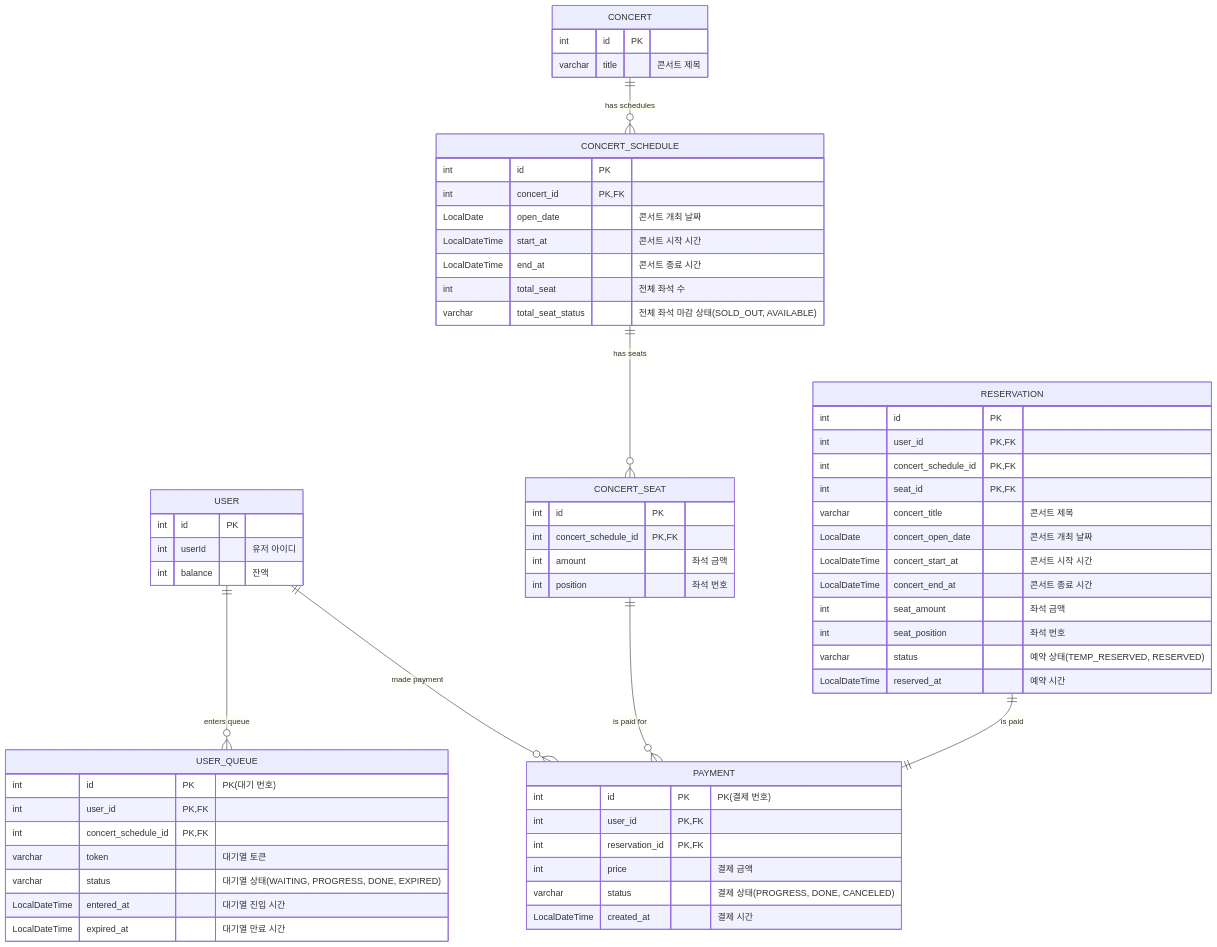
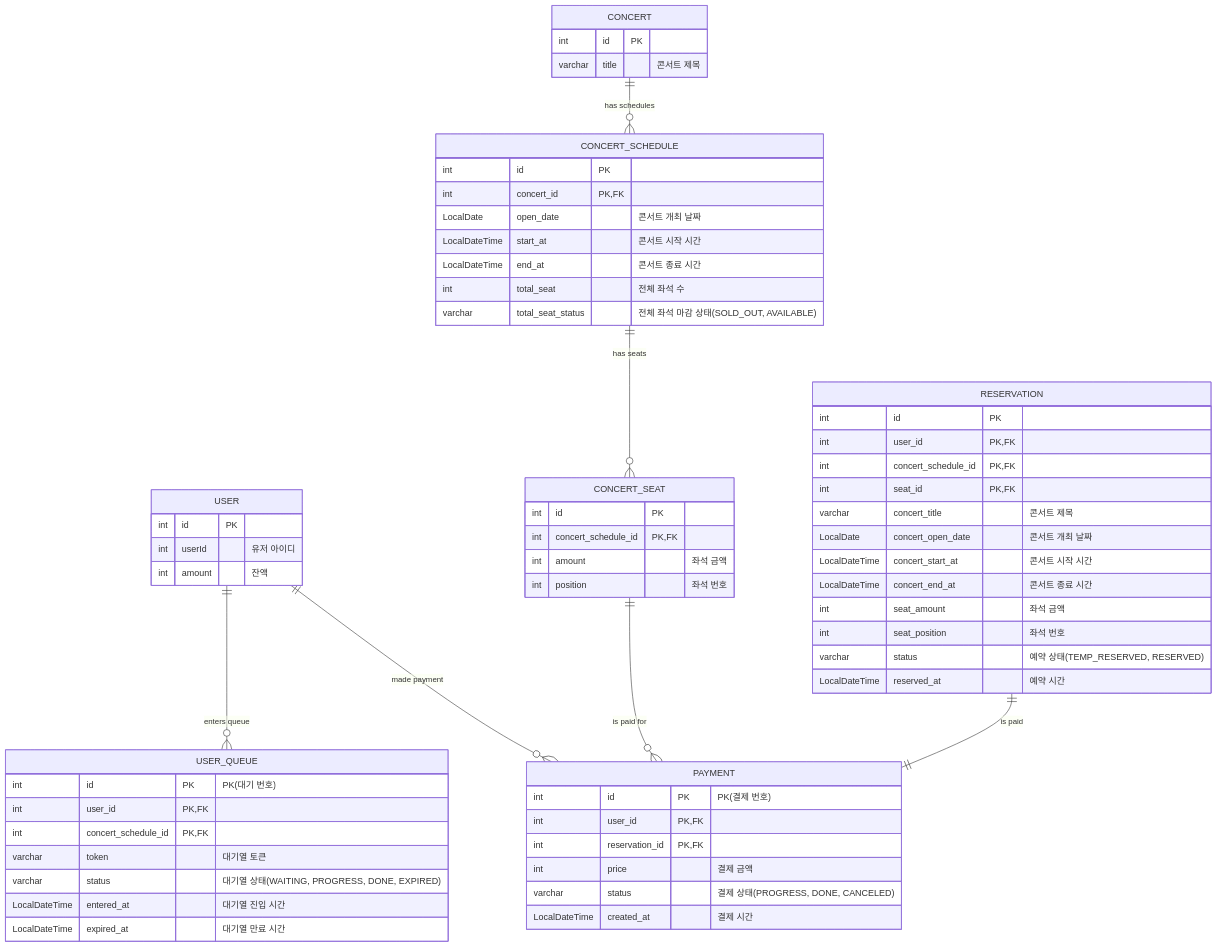
The diagram in docs/erd.md (jikimee64/hhplus-concert), drawn with Mermaid before and after one commit. The commit also changed 9 other files, not shown here.

````diff
--- a/docs/erd.md
+++ b/docs/erd.md
@@ -4,71 +4,71 @@
 ```mermaid
 erDiagram
     USER {
         int id PK
         int userId "유저 아이디"
-        int balance "잔액"
+        int amount "잔액"
     }
 
     USER_QUEUE {
         int id PK "PK(대기 번호)"
         int user_id PK, FK
         int concert_schedule_id PK, FK
         varchar token "대기열 토큰"
         varchar status "대기열 상태(WAITING, PROGRESS, DONE, EXPIRED)"
         LocalDateTime entered_at "대기열 진입 시간"
         LocalDateTime expired_at "대기열 만료 시간"
     }
 
     PAYMENT {
         int id PK "PK(결제 번호)"
         int user_id PK, FK
         int reservation_id PK, FK
         int price "결제 금액"
         varchar status "결제 상태(PROGRESS, DONE, CANCELED)"
         LocalDateTime created_at "결제 시간"
     }
 
     CONCERT {
         int id PK
         varchar title "콘서트 제목"
     }
 
     CONCERT_SCHEDULE {
         int id PK
         int concert_id PK, FK
         LocalDate open_date "콘서트 개최 날짜"
         LocalDateTime start_at "콘서트 시작 시간"
         LocalDateTime end_at "콘서트 종료 시간"
         int total_seat "전체 좌석 수"
         varchar total_seat_status "전체 좌석 마감 상태(SOLD_OUT, AVAILABLE)"
     }
 
     CONCERT_SEAT {
         int id PK
         int concert_schedule_id PK, FK
         int amount "좌석 금액"
         int position "좌석 번호"
     }
 
     RESERVATION {
         int id PK
         int user_id PK, FK
         int concert_schedule_id PK, FK
         int seat_id PK, FK
         varchar concert_title "콘서트 제목"
         LocalDate concert_open_date "콘서트 개최 날짜"
         LocalDateTime concert_start_at "콘서트 시작 시간"
         LocalDateTime concert_end_at "콘서트 종료 시간"
         int seat_amount "좌석 금액"
         int seat_position "좌석 번호"
         varchar status "예약 상태(TEMP_RESERVED, RESERVED)"
         LocalDateTime reserved_at "예약 시간"
     }
 
     CONCERT ||--o{ CONCERT_SCHEDULE: "has schedules"
     CONCERT_SCHEDULE ||--o{ CONCERT_SEAT: "has seats"
     USER ||--o{ USER_QUEUE: "enters queue"
     USER ||--o{ PAYMENT: "made payment"
     CONCERT_SEAT ||--o{ PAYMENT: "is paid for"
     RESERVATION ||--|| PAYMENT: "is paid"
 ```
````
